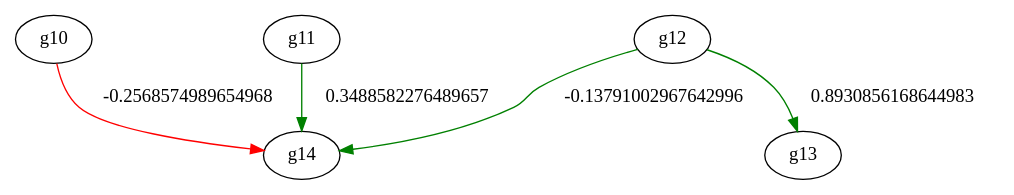
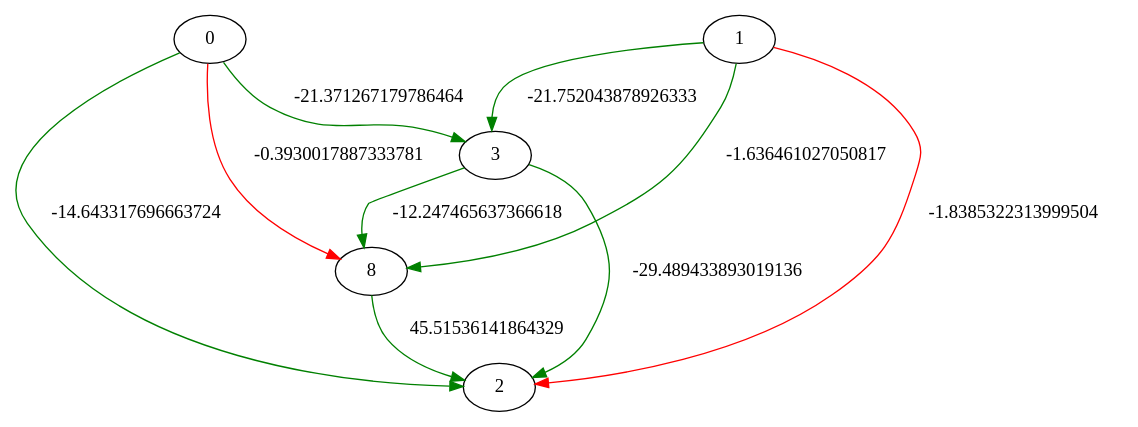
One commit to RoshanNagaram002/NEAT changed the diagram in visualizaions/Digraph.gv. Above: the diagram before and after it, drawn with Graphviz. The commit also changed 8 other files, not shown here.

```diff
--- a/visualizaions/Digraph.gv
+++ b/visualizaions/Digraph.gv
@@ -1,12 +1,17 @@
 // Genoming!
 digraph {
-	g10 [label=g10]
-	g11 [label=g11]
-	g12 [label=g12]
-	g13 [label=g13]
-	g14 [label=g14]
-	g12 -> g14 [label=-0.13791002967642996 color=green]
-	g10 -> g14 [label=-0.2568574989654968 color=red]
-	g12 -> g13 [label=0.8930856168644983 color=green]
-	g11 -> g14 [label=0.3488582276489657 color=green]
+	0 [label=0]
+	1 [label=1]
+	2 [label=2]
+	3 [label=3]
+	8 [label=8]
+	0 -> 2 [label=-14.643317696663724 color=green]
+	1 -> 2 [label=-1.8385322313999504 color=red]
+	1 -> 3 [label=-21.752043878926333 color=green]
+	3 -> 2 [label=-29.489433893019136 color=green]
+	0 -> 3 [label=-21.371267179786464 color=green]
+	0 -> 8 [label=-0.3930017887333781 color=red]
+	8 -> 2 [label=45.51536141864329 color=green]
+	1 -> 8 [label=-1.636461027050817 color=green]
+	3 -> 8 [label=-12.247465637366618 color=green]
 }
```
